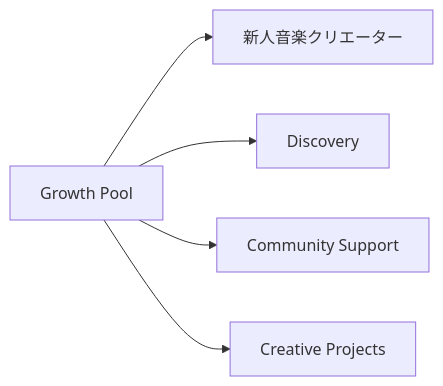
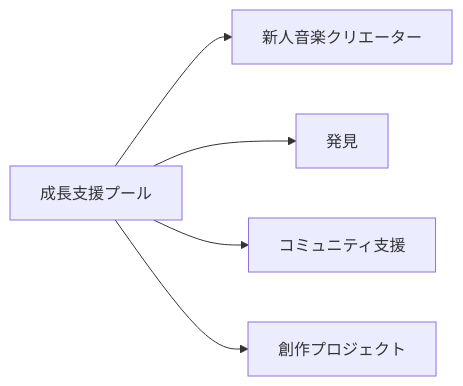
The seventh of 27 diagrams in docs/whitepaper/06-economics-mathjax.md (ShigeichiroYamasaki/creator-first-platform), drawn with Mermaid before and after one commit. The commit also changed other lines of this file and 72 other files, not shown here.

````diff
--- a/docs/whitepaper/06-economics-mathjax.md
+++ b/docs/whitepaper/06-economics-mathjax.md
@@ -384,8 +384,8 @@
 ```mermaid
 flowchart LR
-    G[Growth Pool]
+    G[成長支援プール]
     G --> NEW[新人音楽クリエーター]
-    G --> DISC[Discovery]
-    G --> COMMUNITY[Community Support]
-    G --> PROJECT[Creative Projects]
+    G --> DISC[発見]
+    G --> COMMUNITY[コミュニティ支援]
+    G --> PROJECT[創作プロジェクト]
 ```
````
